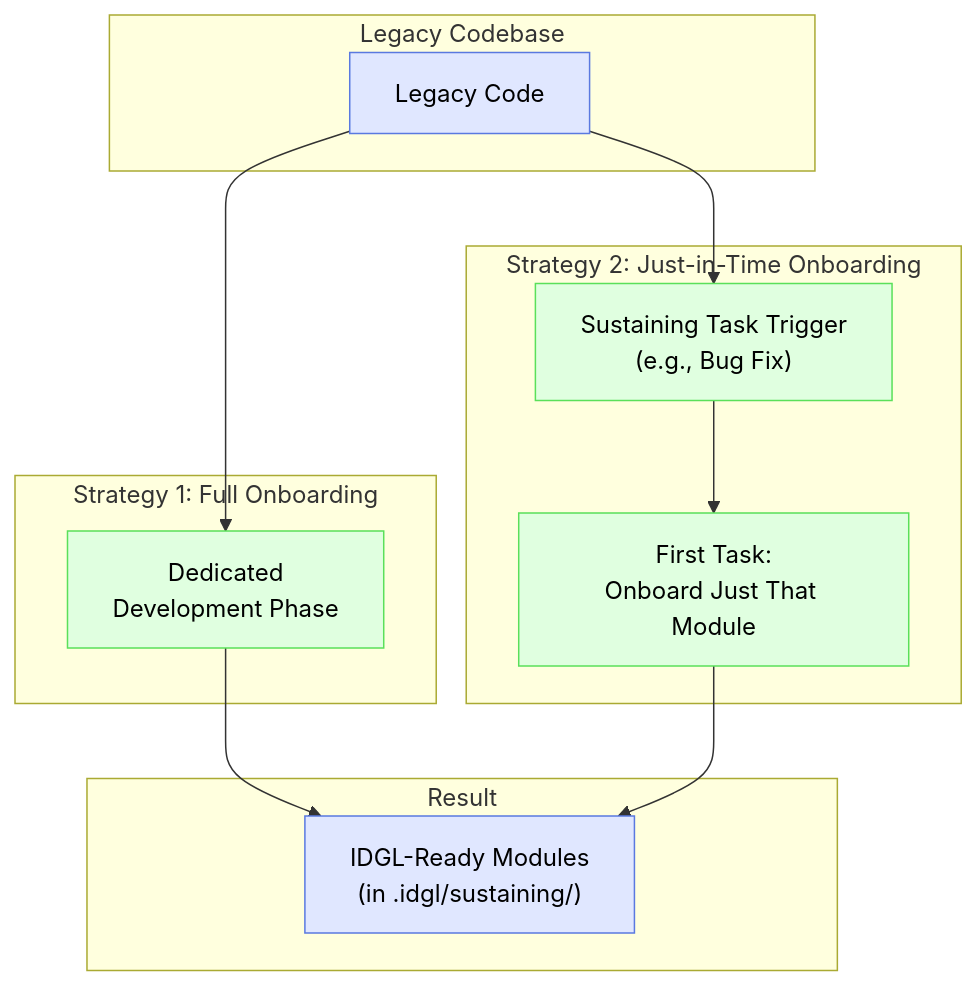
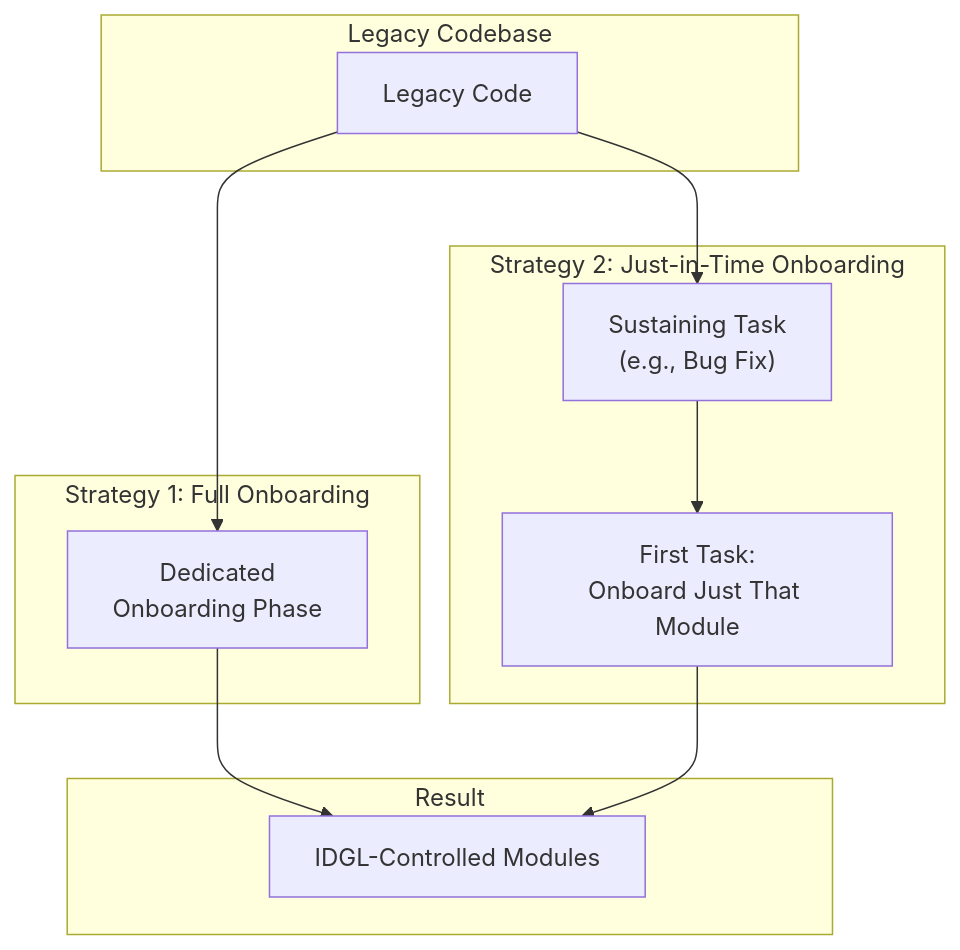
The diagram in 01-patterns/04-Pattern-Legacy-Onboarding.md (bahsim/idgl-dev-system), drawn with Mermaid before and after one commit. The commit also changed other lines of this file and 27 other files, not shown here.

````diff
--- a/01-patterns/04-Pattern-Legacy-Onboarding.md
+++ b/01-patterns/04-Pattern-Legacy-Onboarding.md
@@ -9,28 +8,22 @@
 ```mermaid
 graph TD
     subgraph "Legacy Codebase"
         LC["Legacy Code"]
     end
 
     subgraph "Strategy 1: Full Onboarding"
-        S1["Dedicated<br/>Development Phase"]
+        S1["Dedicated<br/>Onboarding Phase"]
     end
     
     subgraph "Strategy 2: Just-in-Time Onboarding"
-        S2["Sustaining Task Trigger<br/>(e.g., Bug Fix)"] --> S3["First Task:<br/>Onboard Just That Module"]
+        S2["Sustaining Task<br/>(e.g., Bug Fix)"] --> S3["First Task:<br/>Onboard Just That Module"]
     end
 
     subgraph "Result"
-        R["IDGL-Ready Modules<br/>(in .idgl/sustaining/)"]
+        R["IDGL-Controlled Modules"]
     end
 
     LC --> S1 --> R
     LC --> S2
     S3 --> R
-
-    classDef blue fill:#e0e7ff,stroke:#5a79e0,color:#000
-    classDef green fill:#e0ffe0,stroke:#5ae05a,color:#000
-    
-    class LC,R blue
-    class S1,S2,S3 green
 ```
````
